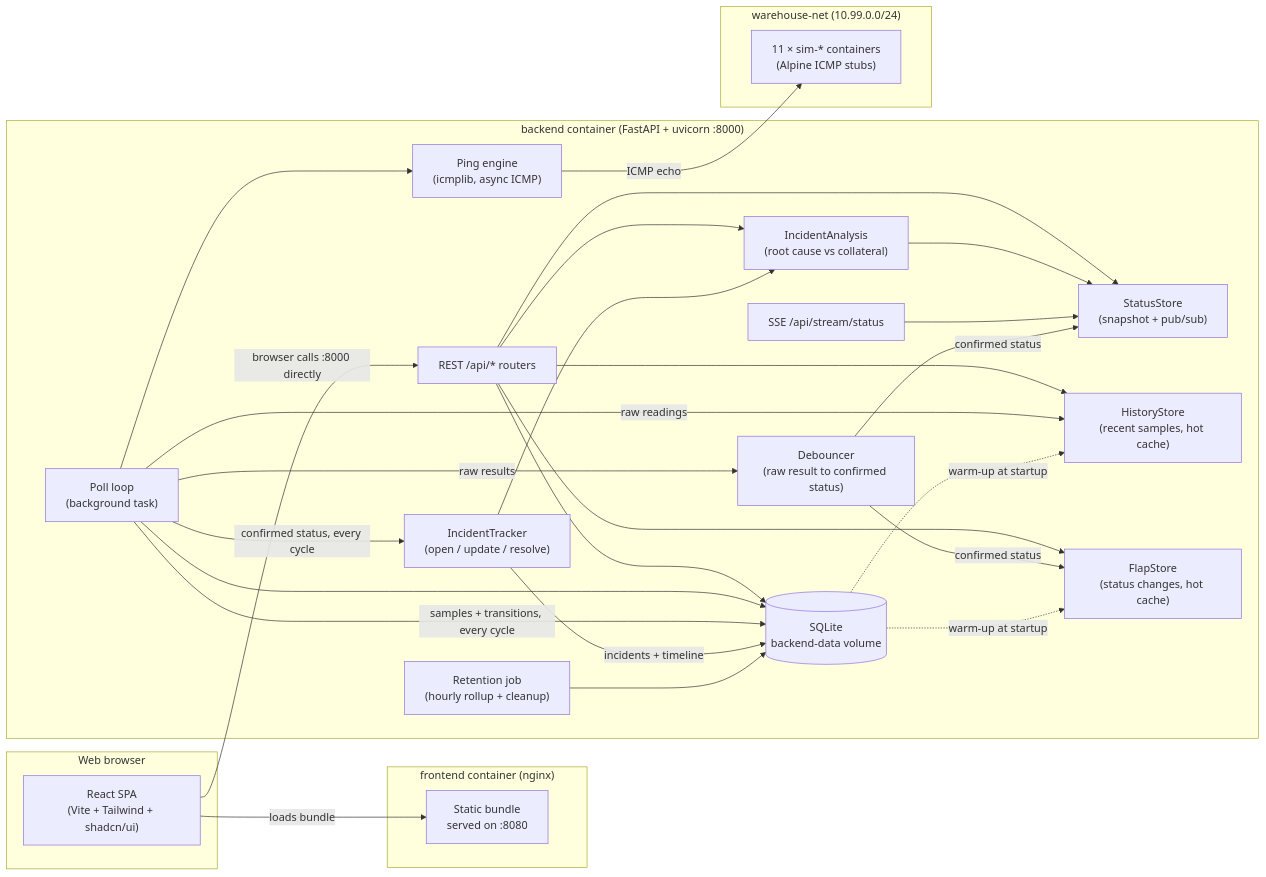
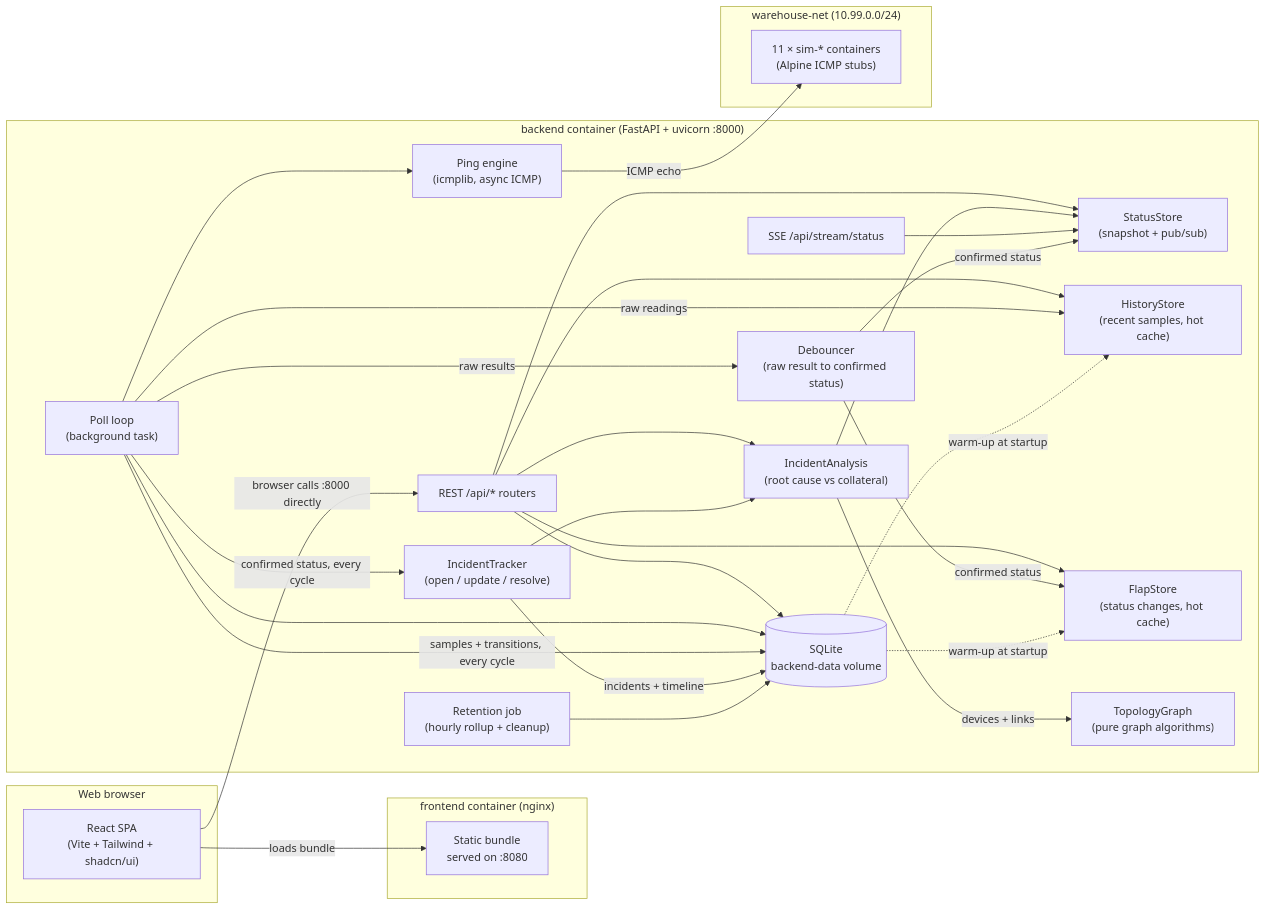
Before and after one commit to dumbL4d/network-analyser: the first of 10 diagrams in README.md, drawn with Mermaid. The commit also changed other lines of this file and 13 other files, not shown here.

First line of the commit message:
feat: add redundancy-aware graph engine with Tarjan, DSU, blast radius

````diff
--- a/README.md
+++ b/README.md
@@ -45,54 +49,56 @@
 ```mermaid
 flowchart LR
     subgraph Browser["Web browser"]
         UI["React SPA<br/>(Vite + Tailwind + shadcn/ui)"]
     end
 
     subgraph FrontendContainer["frontend container (nginx)"]
         STATIC["Static bundle<br/>served on :8080"]
     end
 
     subgraph BackendContainer["backend container (FastAPI + uvicorn :8000)"]
         API["REST /api/* routers"]
         SSE["SSE /api/stream/status"]
         POLL["Poll loop<br/>(background task)"]
         PING["Ping engine<br/>(icmplib, async ICMP)"]
         DEB["Debouncer<br/>(raw result to confirmed status)"]
         ST["StatusStore<br/>(snapshot + pub/sub)"]
         HS["HistoryStore<br/>(recent samples, hot cache)"]
         FS["FlapStore<br/>(status changes, hot cache)"]
         IA["IncidentAnalysis<br/>(root cause vs collateral)"]
+        TG["TopologyGraph<br/>(pure graph algorithms)"]
         TRK["IncidentTracker<br/>(open / update / resolve)"]
         RET["Retention job<br/>(hourly rollup + cleanup)"]
         DB[("SQLite<br/>backend-data volume")]
     end
 
     subgraph SimNet["warehouse-net (10.99.0.0/24)"]
         SIM["11 × sim-* containers<br/>(Alpine ICMP stubs)"]
     end
 
     UI -- "browser calls :8000 directly" --> API
     API --> DB
     API --> ST
     API --> HS
     API --> FS
     API --> IA
     IA --> ST
+    IA -- "devices + links" --> TG
     SSE --> ST
     POLL --> DB
     POLL --> PING
     PING -- "ICMP echo" --> SIM
     POLL -- "raw results" --> DEB
     DEB -- "confirmed status" --> ST
     DEB -- "confirmed status" --> FS
     POLL -- "raw readings" --> HS
     POLL -- "samples + transitions, every cycle" --> DB
     POLL -- "confirmed status, every cycle" --> TRK
     TRK --> IA
     TRK -- "incidents + timeline" --> DB
     RET --> DB
     DB -. warm-up at startup .-> HS
     DB -. warm-up at startup .-> FS
 
     UI -- "loads bundle" --> STATIC
 ```
````
